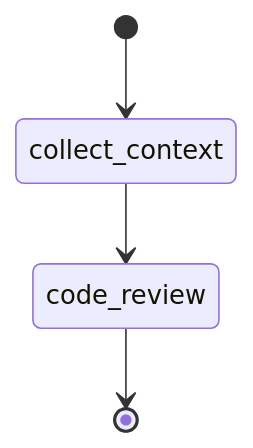
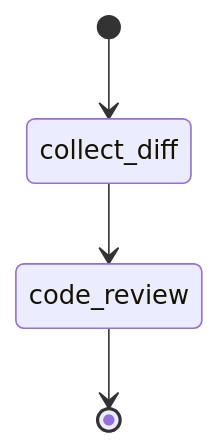
Before and after one commit to agent6-dev/agent6: the second of 4 diagrams in ARCHITECTURE.md, drawn with Mermaid. The commit also changed other lines of this file and 4 other files, not shown here.

First line of the commit message:
docs: refresh architecture, security, agent and example config

````diff
--- a/ARCHITECTURE.md
+++ b/ARCHITECTURE.md
@@ -97,6 +82,6 @@
 ```mermaid
 stateDiagram-v2
-    [*] --> collect_context
-    collect_context --> code_review
+    [*] --> collect_diff
+    collect_diff --> code_review
     code_review --> [*]
 ```
````
